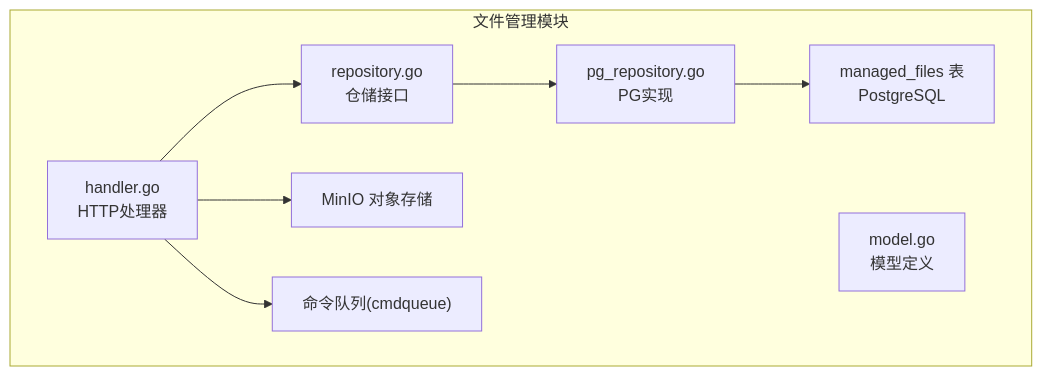
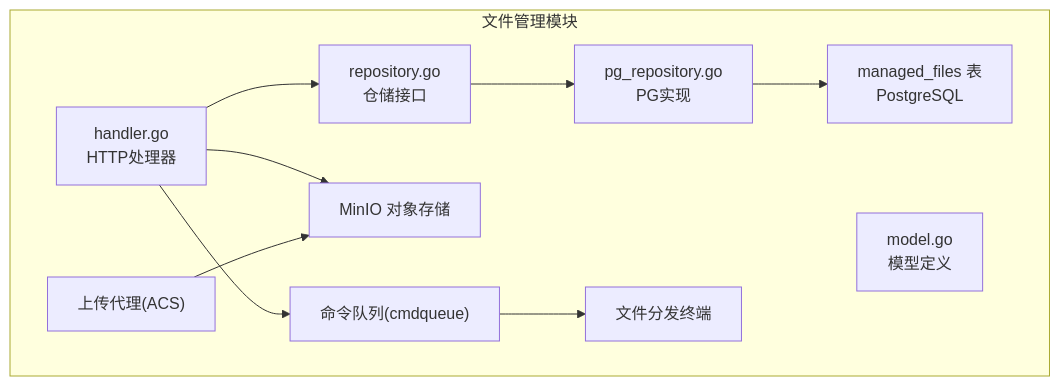
The first of 9 diagrams in .qoder/repowiki/zh/content/核心模块/文件管理模块/文件管理模块.md (bixinhaner/xomc), drawn with Mermaid before and after one commit. The commit also changed other lines of this file and 4 other files, not shown here.

````diff
--- a/.qoder/repowiki/zh/content/核心模块/文件管理模块/文件管理模块.md
+++ b/.qoder/repowiki/zh/content/核心模块/文件管理模块/文件管理模块.md
@@ -41,17 +54,21 @@
 ```mermaid
 graph TB
 subgraph "文件管理模块"
 H["handler.go<br/>HTTP处理器"]
 M["model.go<br/>模型定义"]
 R["repository.go<br/>仓储接口"]
 PG["pg_repository.go<br/>PG实现"]
 DB["managed_files 表<br/>PostgreSQL"]
 MIN["MinIO 对象存储"]
 CMD["命令队列(cmdqueue)"]
+UP["上传代理(ACS)"]
+END["文件分发终端"]
 end
 H --> R
 R --> PG
 PG --> DB
 H --> MIN
 H --> CMD
+CMD --> END
+UP --> MIN
 ```
````
